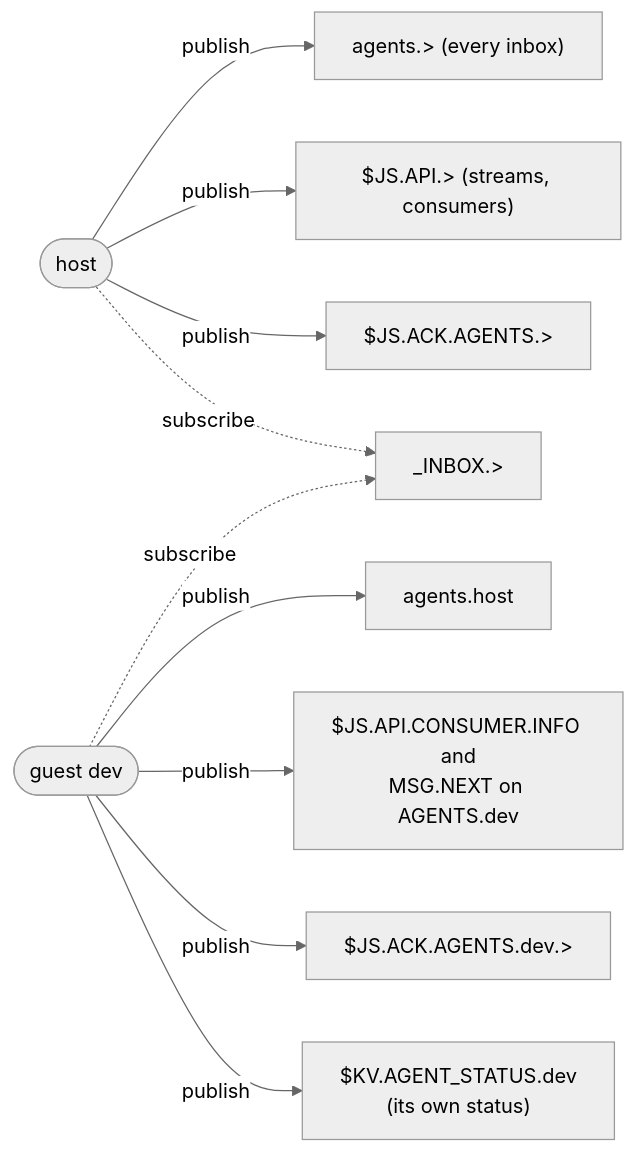
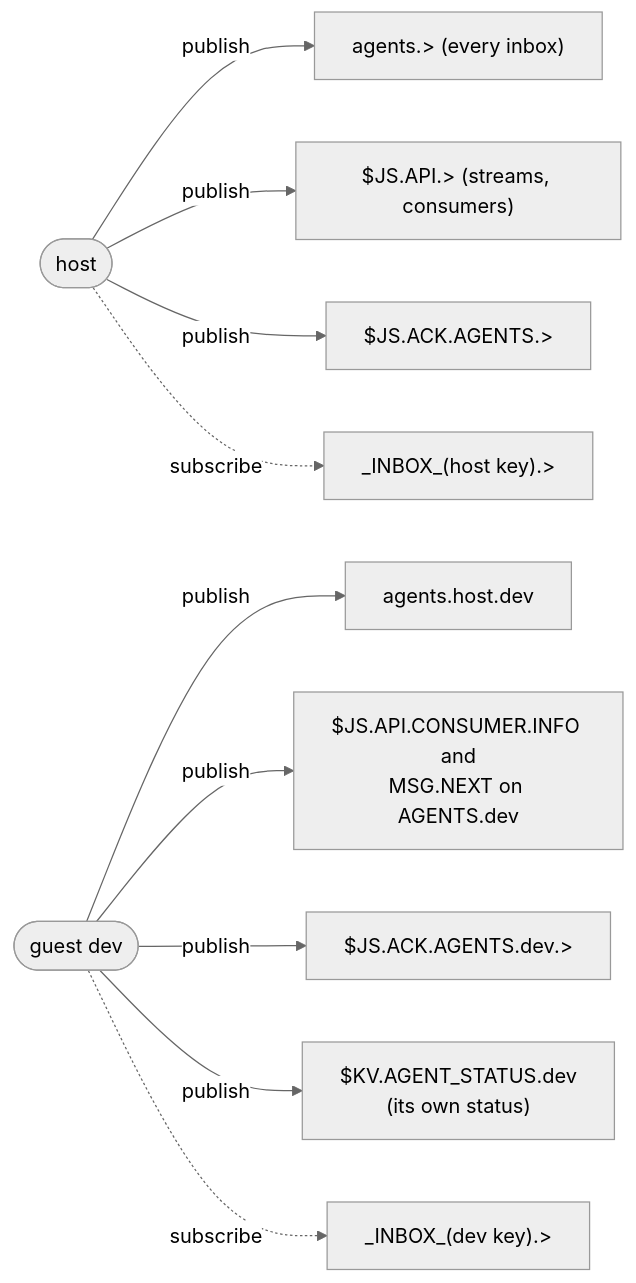
The seventh of 8 diagrams in docs/architecture/AGENT_BUS.md (bwks/sherpa), drawn with Mermaid (neutral theme) before and after one commit. The commit also changed other lines of this file and 15 other files, not shown here.

````diff
--- a/docs/architecture/AGENT_BUS.md
+++ b/docs/architecture/AGENT_BUS.md
@@ -468,22 +564,23 @@
 ```mermaid
 flowchart LR
     host(["host"])
     dev(["guest dev"])
     allinboxes["agents.> (every inbox)"]
-    hostinbox["agents.host"]
+    hostinbox["agents.host.dev"]
     jsapi["$JS.API.> (streams, consumers)"]
     devapi["$JS.API.CONSUMER.INFO and<br/>MSG.NEXT on AGENTS.dev"]
     allacks["$JS.ACK.AGENTS.>"]
     devack["$JS.ACK.AGENTS.dev.>"]
     devstatus["$KV.AGENT_STATUS.dev<br/>(its own status)"]
-    replies["_INBOX.>"]
+    hostreplies["_INBOX_(host key).>"]
+    devreplies["_INBOX_(dev key).>"]
     host -->|publish| allinboxes
     host -->|publish| jsapi
     host -->|publish| allacks
     dev -->|publish| hostinbox
     dev -->|publish| devapi
     dev -->|publish| devack
     dev -->|publish| devstatus
-    host -.->|subscribe| replies
-    dev -.->|subscribe| replies
+    host -.->|subscribe| hostreplies
+    dev -.->|subscribe| devreplies
 ```
````
